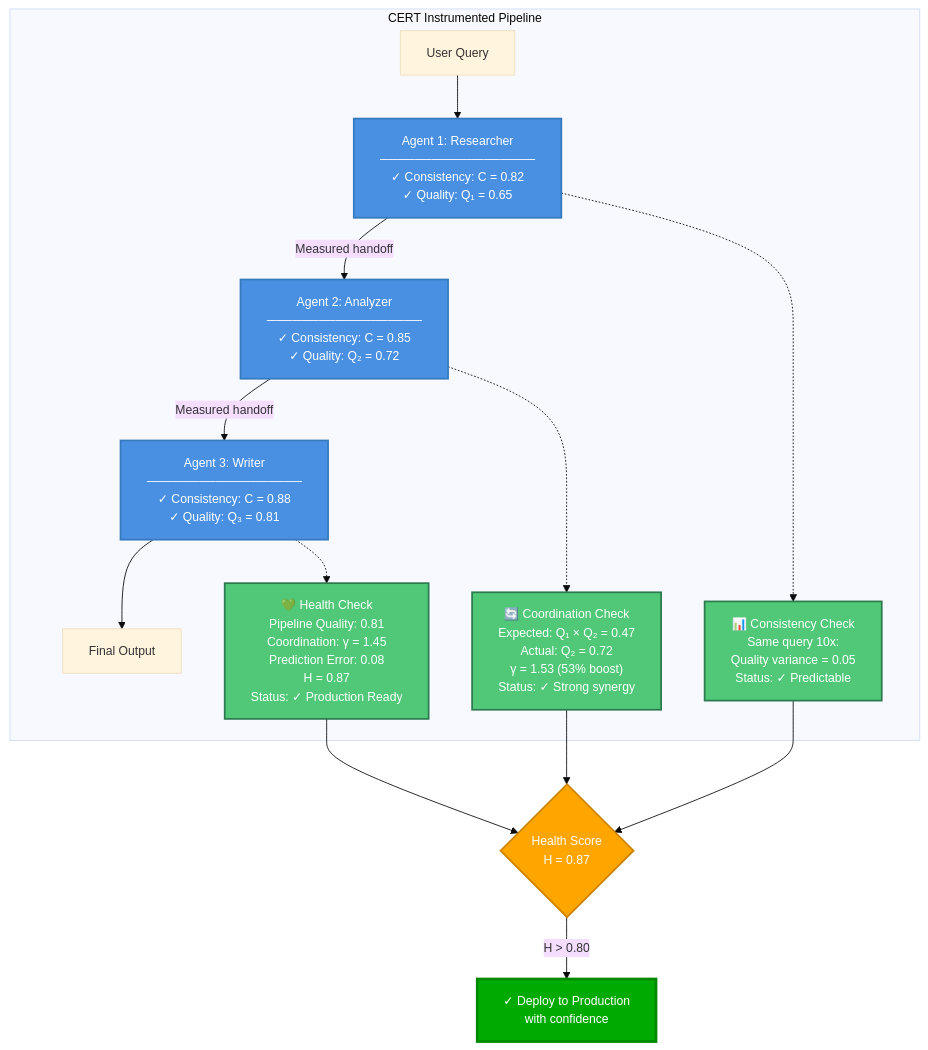
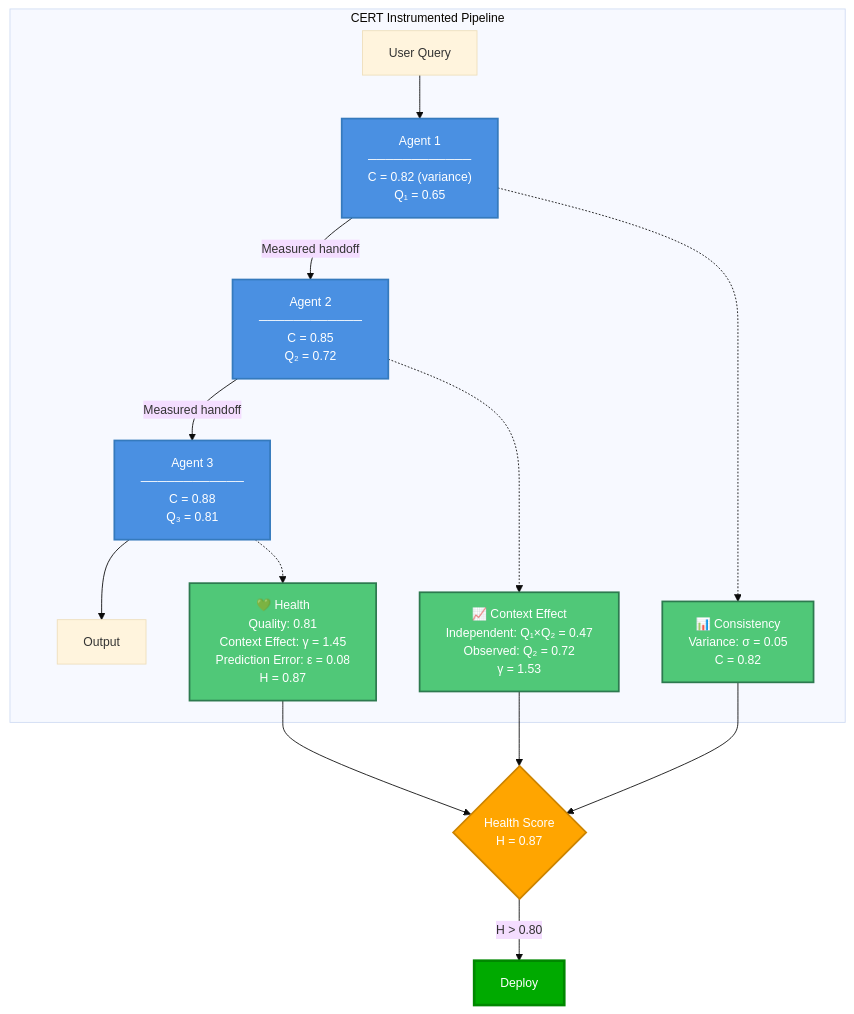
Before and after one commit to Javihaus/CERT: the second of 2 diagrams in README.md, drawn with Mermaid. The commit also changed other lines of this file, not shown here.

````diff
--- a/README.md
+++ b/README.md
@@ -74,37 +89,37 @@
 ```mermaid
 %%{init: {'theme':'base', 'themeVariables': { 'fontSize':'14px', 'fontFamily':'arial'}}}%%
 graph TB
     subgraph "CERT Instrumented Pipeline"
         U2[User Query] --> A1B
 
-        A1B["Agent 1: Researcher<br/>──────────────────<br/>✓ Consistency: C = 0.82<br/>✓ Quality: Q₁ = 0.65"]
-        A2B["Agent 2: Analyzer<br/>──────────────────<br/>✓ Consistency: C = 0.85<br/>✓ Quality: Q₂ = 0.72"]
-        A3B["Agent 3: Writer<br/>──────────────────<br/>✓ Consistency: C = 0.88<br/>✓ Quality: Q₃ = 0.81"]
+        A1B["Agent 1<br/>────────────<br/>C = 0.82 (variance)<br/>Q₁ = 0.65"]
+        A2B["Agent 2<br/>────────────<br/>C = 0.85<br/>Q₂ = 0.72"]
+        A3B["Agent 3<br/>────────────<br/>C = 0.88<br/>Q₃ = 0.81"]
 
         A1B -->|"Measured handoff"| A2B
         A2B -->|"Measured handoff"| A3B
-        A3B --> OUT2[Final Output]
+        A3B --> OUT2[Output]
 
-        A1B -.-> M1["📊 Consistency Check<br/>Same query 10x:<br/>Quality variance = 0.05<br/>Status: ✓ Predictable"]
+        A1B -.-> M1["📊 Consistency<br/>Variance: σ = 0.05<br/>C = 0.82"]
 
-        A2B -.-> M2["🔄 Coordination Check<br/>Expected: Q₁ × Q₂ = 0.47<br/>Actual: Q₂ = 0.72<br/>γ = 1.53 (53% boost)<br/>Status: ✓ Strong synergy"]
+        A2B -.-> M2["📈 Context Effect<br/>Independent: Q₁×Q₂ = 0.47<br/>Observed: Q₂ = 0.72<br/>γ = 1.53"]
 
-        A3B -.-> M3["💚 Health Check<br/>Pipeline Quality: 0.81<br/>Coordination: γ = 1.45<br/>Prediction Error: 0.08<br/>H = 0.87<br/>Status: ✓ Production Ready"]
+        A3B -.-> M3["💚 Health<br/>Quality: 0.81<br/>Context Effect: γ = 1.45<br/>Prediction Error: ε = 0.08<br/>H = 0.87"]
     end
 
     M1 --> DECISION
     M2 --> DECISION
     M3 --> DECISION
 
     DECISION{Health Score<br/>H = 0.87}
-    DECISION -->|H > 0.80| DEPLOY[✓ Deploy to Production<br/>with confidence]
+    DECISION -->|H > 0.80| DEPLOY[Deploy]
 
     style M1 fill:#50C878,stroke:#2d7a4f,stroke-width:2px,color:#fff
     style M2 fill:#50C878,stroke:#2d7a4f,stroke-width:2px,color:#fff
     style M3 fill:#50C878,stroke:#2d7a4f,stroke-width:2px,color:#fff
     style A1B fill:#4a90e2,stroke:#357abd,stroke-width:2px,color:#fff
     style A2B fill:#4a90e2,stroke:#357abd,stroke-width:2px,color:#fff
     style A3B fill:#4a90e2,stroke:#357abd,stroke-width:2px,color:#fff
     style DEPLOY fill:#00aa00,stroke:#008800,stroke-width:3px,color:#fff
     style DECISION fill:#ffa500,stroke:#cc8400,stroke-width:2px,color:#fff
 ```
````
